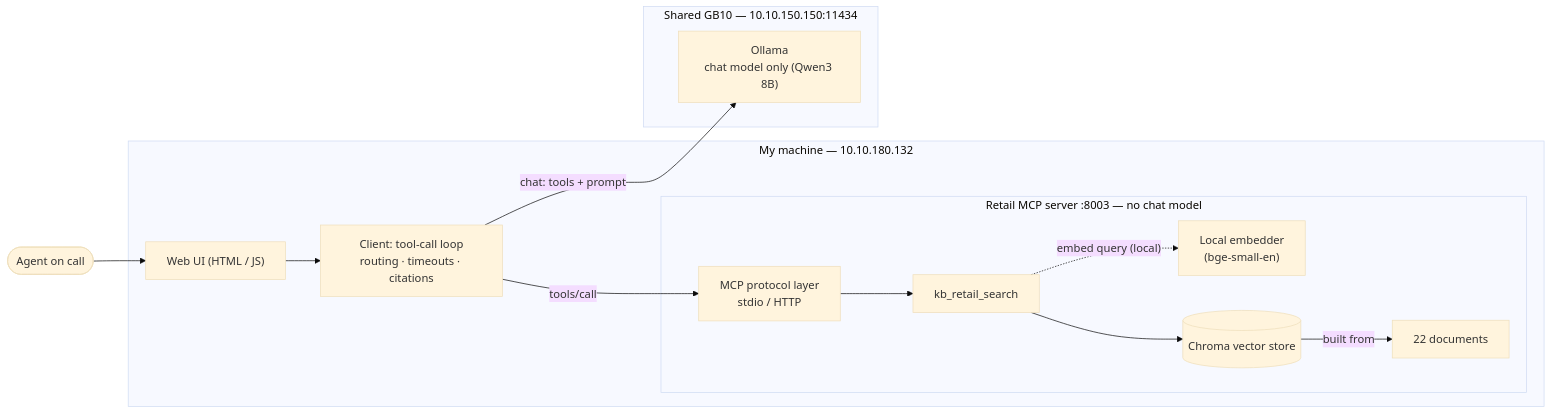
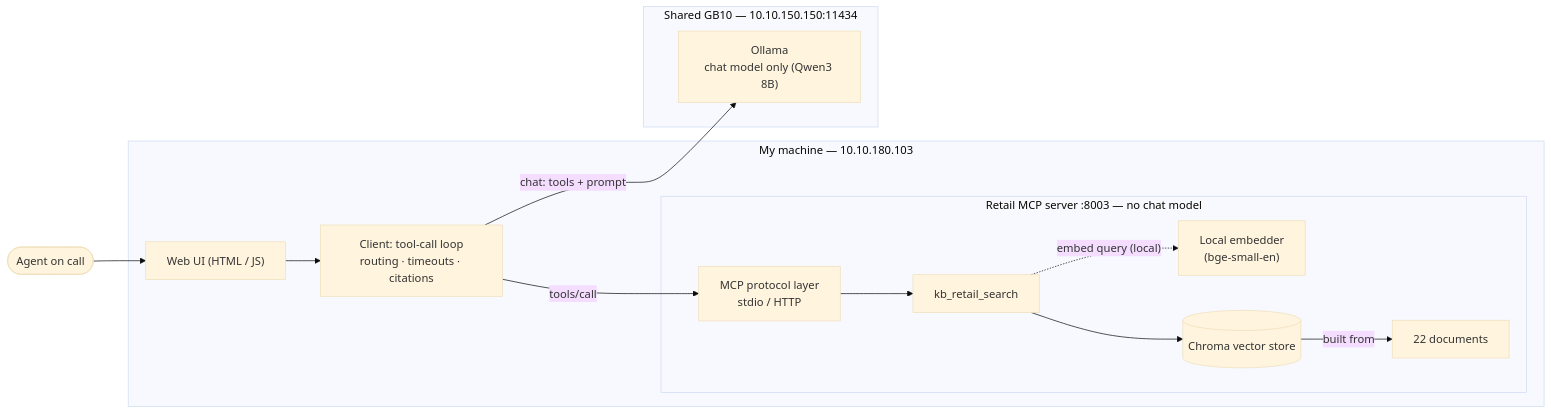
One commit to rishiupadhyaygithub/retail-mcp-chatbot changed the first of 7 diagrams in docs/design_document.md. Above: the diagram before and after it, drawn with Mermaid (base theme). The commit also changed other lines of this file and 11 other files, not shown here.

````diff
--- a/docs/design_document.md
+++ b/docs/design_document.md
@@ -42,24 +42,24 @@
 ```mermaid title="Figure 1 — Phase 1 architecture and data flow (retail)"
 flowchart LR
   user(["Agent on call"])
-  subgraph host["My machine — 10.10.180.132"]
+  subgraph host["My machine — 10.10.180.103"]
     ui["Web UI (HTML / JS)"]
     loop["Client: tool-call loop<br/>routing · timeouts · citations"]
     subgraph mcp["Retail MCP server :8003 — no chat model"]
       proto["MCP protocol layer<br/>stdio / HTTP"]
       search["kb_retail_search"]
       embed["Local embedder<br/>(bge-small-en)"]
       chroma[("Chroma vector store")]
       docs["22 documents"]
     end
   end
   subgraph gb10["Shared GB10 — 10.10.150.150:11434"]
     ollama["Ollama<br/>chat model only (Qwen3 8B)"]
   end
   user --> ui --> loop
   loop -- "chat: tools + prompt" --> ollama
   loop -- "tools/call" --> proto
   proto --> search --> chroma
   search -. "embed query (local)" .-> embed
   chroma -- "built from" --> docs
 ```
````
